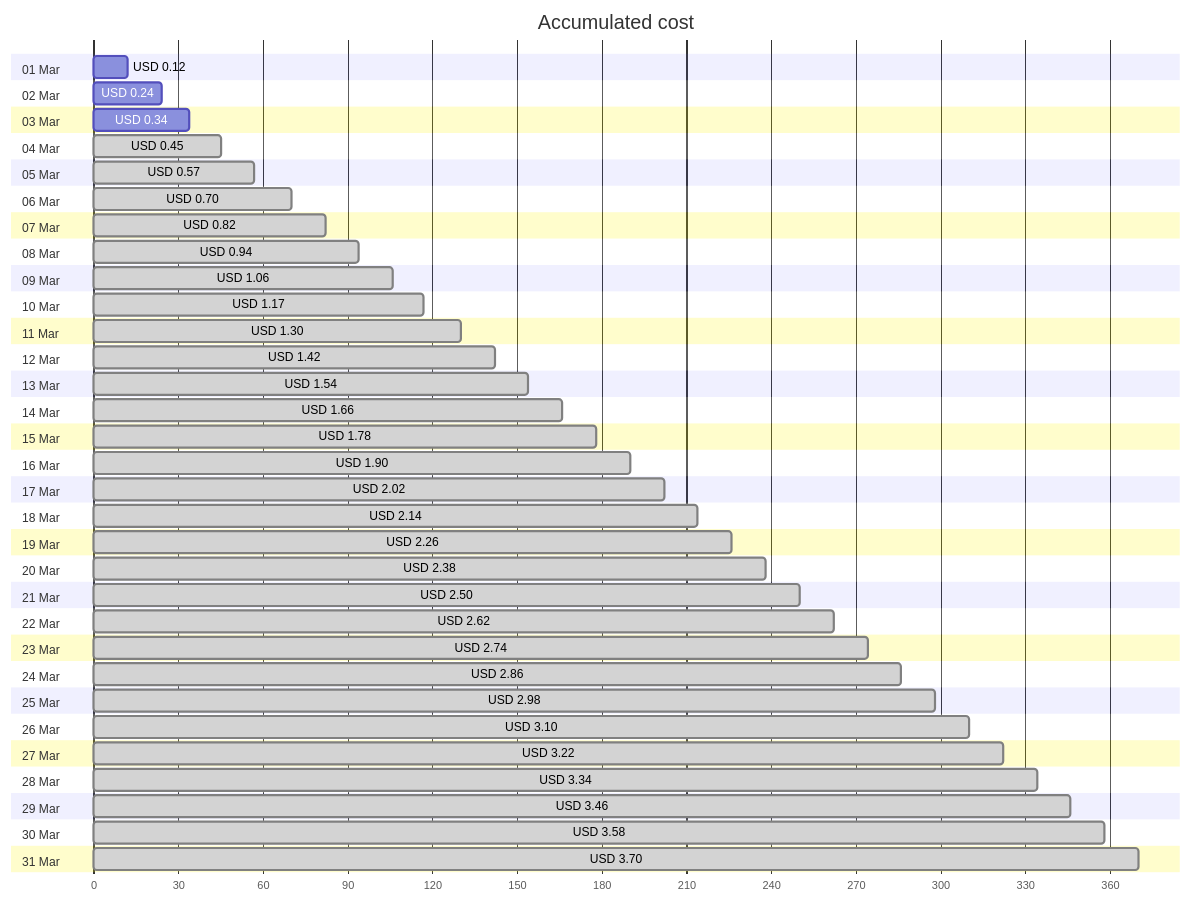
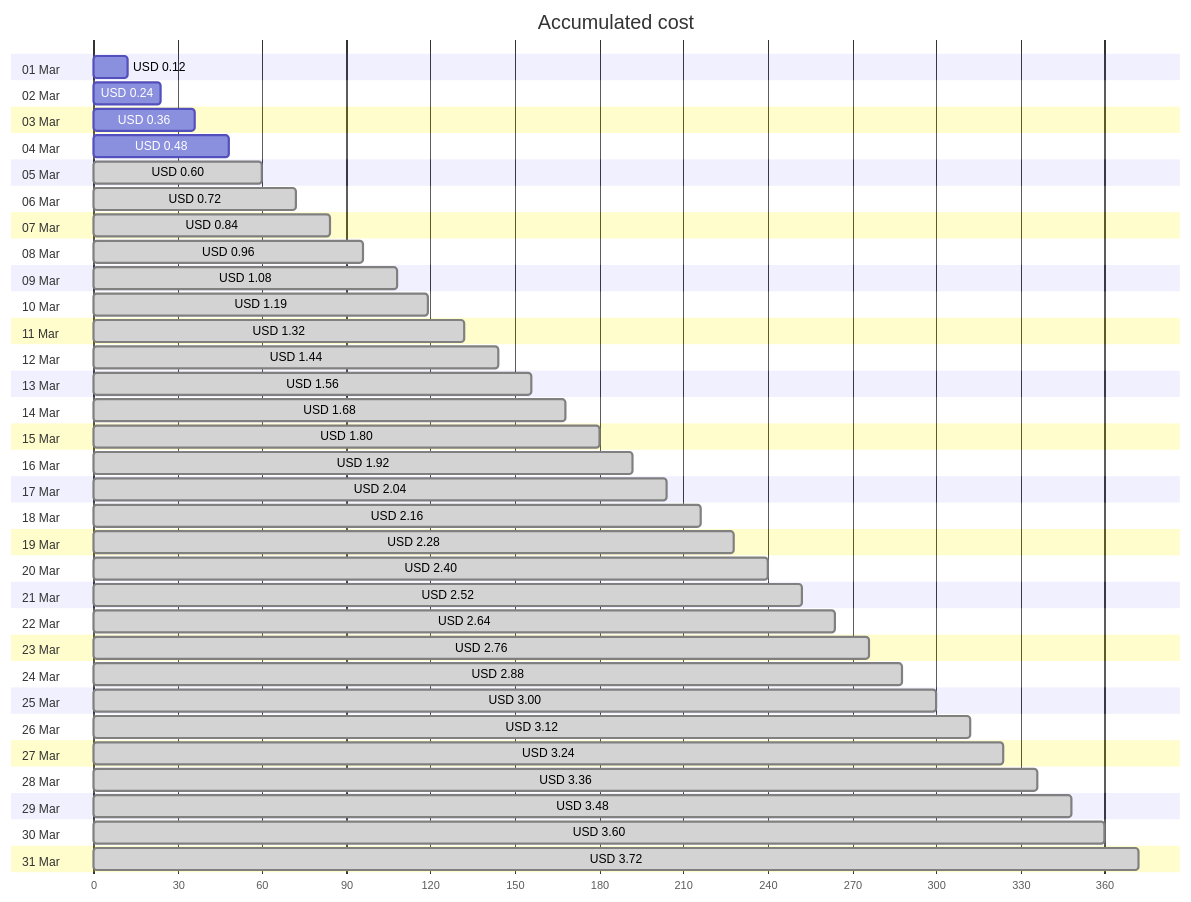
The first of 4 diagrams in cost-reports/personal-network/backup-server-public-ip.md (jpfulton/azure-personal-reports), drawn with Mermaid before and after one commit. The commit also changed other lines of this file and 8 other files, not shown here.

````diff
--- a/cost-reports/personal-network/backup-server-public-ip.md
+++ b/cost-reports/personal-network/backup-server-public-ip.md
@@ -20,68 +20,68 @@
 ```mermaid
 gantt
    title Accumulated cost
    dateFormat  X
    axisFormat %s
    section 01 Mar
    USD 0.12 :0, 12
    section 02 Mar
    USD 0.24 :0, 24
    section 03 Mar
-   USD 0.34 :0, 34
+   USD 0.36 :0, 36
    section 04 Mar
-   USD 0.45 : done, 0, 45
+   USD 0.48 :0, 48
    section 05 Mar
-   USD 0.57 : done, 0, 57
+   USD 0.60 : done, 0, 60
    section 06 Mar
-   USD 0.70 : done, 0, 70
+   USD 0.72 : done, 0, 72
    section 07 Mar
-   USD 0.82 : done, 0, 82
+   USD 0.84 : done, 0, 84
    section 08 Mar
-   USD 0.94 : done, 0, 94
+   USD 0.96 : done, 0, 96
    section 09 Mar
-   USD 1.06 : done, 0, 106
+   USD 1.08 : done, 0, 108
    section 10 Mar
-   USD 1.17 : done, 0, 117
+   USD 1.19 : done, 0, 119
    section 11 Mar
-   USD 1.30 : done, 0, 130
+   USD 1.32 : done, 0, 132
    section 12 Mar
-   USD 1.42 : done, 0, 142
+   USD 1.44 : done, 0, 144
    section 13 Mar
-   USD 1.54 : done, 0, 154
+   USD 1.56 : done, 0, 156
    section 14 Mar
-   USD 1.66 : done, 0, 166
+   USD 1.68 : done, 0, 168
    section 15 Mar
-   USD 1.78 : done, 0, 178
+   USD 1.80 : done, 0, 180
    section 16 Mar
-   USD 1.90 : done, 0, 190
+   USD 1.92 : done, 0, 192
    section 17 Mar
-   USD 2.02 : done, 0, 202
+   USD 2.04 : done, 0, 204
    section 18 Mar
-   USD 2.14 : done, 0, 214
+   USD 2.16 : done, 0, 216
    section 19 Mar
-   USD 2.26 : done, 0, 226
+   USD 2.28 : done, 0, 228
    section 20 Mar
-   USD 2.38 : done, 0, 238
+   USD 2.40 : done, 0, 240
    section 21 Mar
-   USD 2.50 : done, 0, 250
+   USD 2.52 : done, 0, 252
    section 22 Mar
-   USD 2.62 : done, 0, 262
+   USD 2.64 : done, 0, 264
    section 23 Mar
-   USD 2.74 : done, 0, 274
+   USD 2.76 : done, 0, 276
    section 24 Mar
-   USD 2.86 : done, 0, 286
+   USD 2.88 : done, 0, 288
    section 25 Mar
-   USD 2.98 : done, 0, 298
+   USD 3.00 : done, 0, 300
    section 26 Mar
-   USD 3.10 : done, 0, 310
+   USD 3.12 : done, 0, 312
    section 27 Mar
-   USD 3.22 : done, 0, 322
+   USD 3.24 : done, 0, 324
    section 28 Mar
-   USD 3.34 : done, 0, 334
+   USD 3.36 : done, 0, 336
    section 29 Mar
-   USD 3.46 : done, 0, 346
+   USD 3.48 : done, 0, 348
    section 30 Mar
-   USD 3.58 : done, 0, 358
+   USD 3.60 : done, 0, 360
    section 31 Mar
-   USD 3.70 : done, 0, 370
+   USD 3.72 : done, 0, 372
 ```
````
